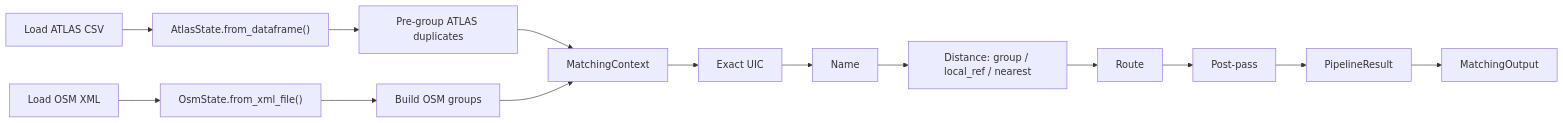
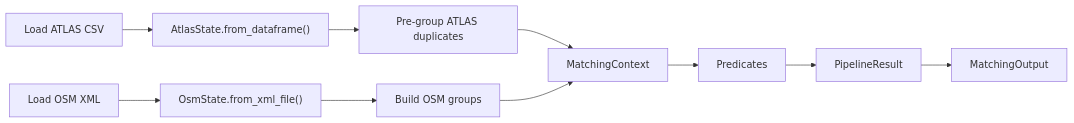
Before and after one commit to openTdataCH/stop_sync_osm_atlas: the first of 4 diagrams in documentation/2. Matching process.md, drawn with Mermaid. The commit also changed other lines of this file and 22 other files, not shown here.

````diff
--- a/documentation/2. Matching process.md
+++ b/documentation/2. Matching process.md
@@ -15,16 +15,12 @@
 ```mermaid
 flowchart LR
     A["Load ATLAS CSV"] --> B["AtlasState.from_dataframe()"]
     C["Load OSM XML"] --> D["OsmState.from_xml_file()"]
     B --> E["Pre-group ATLAS duplicates"]
     D --> F["Build OSM groups"]
     E --> G["MatchingContext"]
     F --> G
-    G --> H["Exact UIC"]
-    H --> I["Name"]
-    I --> J["Distance: group / local_ref / nearest"]
-    J --> K["Route"]
-    K --> L["Post-pass"]
-    L --> M["PipelineResult"]
-    M --> N["MatchingOutput"]
+    G --> H["Predicates"]
+    H --> I["PipelineResult"]
+    I --> J["MatchingOutput"]
 ```
````
